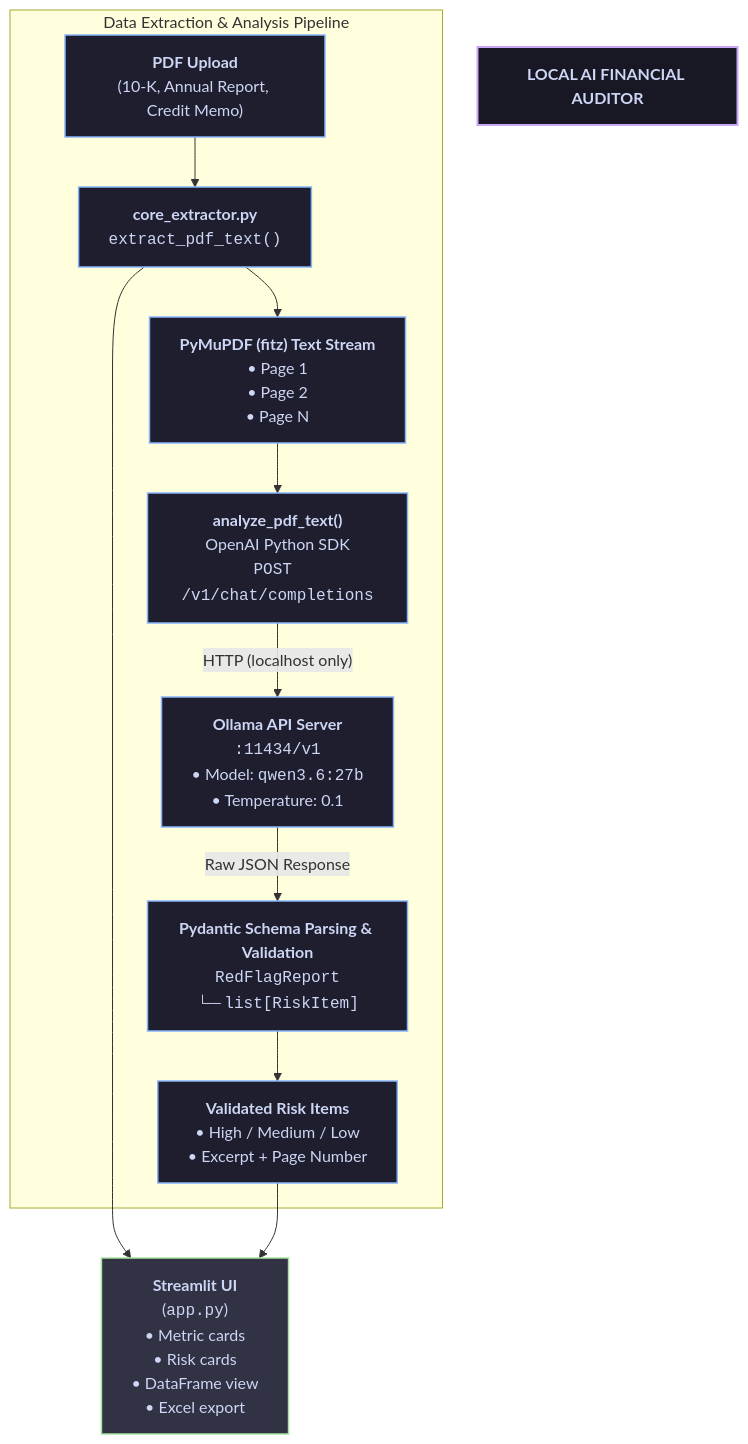
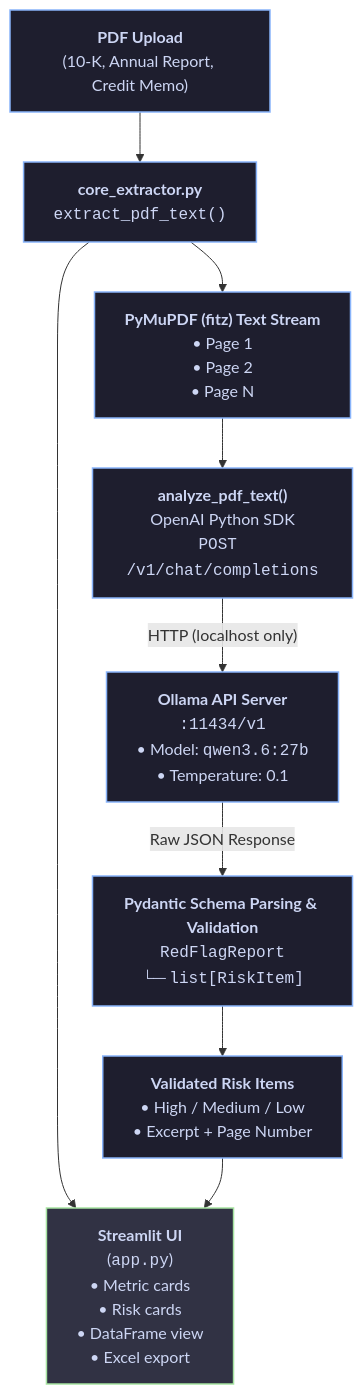
Before and after one commit to lewiscosti/financial-statement-auditor: the diagram in README.md, drawn with Mermaid.

````diff
--- a/README.md
+++ b/README.md
@@ -27,30 +27,25 @@
 ```mermaid
 flowchart TD
-    classDef title fill:#181825,stroke:#cba6f7,stroke-width:2px,color:#cdd6f4,font-weight:bold;
     classDef nodeStyle fill:#1e1e2e,stroke:#89b4fa,stroke-width:1.5px,color:#cdd6f4;
     classDef uiStyle fill:#313244,stroke:#a6e3a1,stroke-width:1.5px,color:#cdd6f4;
 
-    TITLE["LOCAL AI FINANCIAL AUDITOR"]:::title
-
-    subgraph WORKFLOW ["Data Extraction & Analysis Pipeline"]
-        PDF["<b>PDF Upload</b><br/>(10-K, Annual Report, Credit Memo)"]:::nodeStyle
-        EXT["<b>core_extractor.py</b><br/><code>extract_pdf_text()</code>"]:::nodeStyle
-        FITZ["<b>PyMuPDF (fitz) Text Stream</b><br/>• Page 1<br/>• Page 2<br/>• Page N"]:::nodeStyle
-        LLM_CALL["<b>analyze_pdf_text()</b><br/>OpenAI Python SDK<br/><code>POST /v1/chat/completions</code>"]:::nodeStyle
-        OLLAMA["<b>Ollama API Server</b><br/><code>:11434/v1</code><br/>• Model: <code>qwen3.6:27b</code><br/>• Temperature: 0.1"]:::nodeStyle
-        PYDANTIC["<b>Pydantic Schema Parsing & Validation</b><br/><code>RedFlagReport</code><br/>└─ <code>list[RiskItem]</code>"]:::nodeStyle
-        RISKS["<b>Validated Risk Items</b><br/>• High / Medium / Low<br/>• Excerpt + Page Number"]:::nodeStyle
-    end
+    PDF["<b>PDF Upload</b><br/>(10-K, Annual Report, Credit Memo)"]:::nodeStyle
+    EXT["<b>core_extractor.py</b><br/><code>extract_pdf_text()</code>"]:::nodeStyle
+    FITZ["<b>PyMuPDF (fitz) Text Stream</b><br/>• Page 1<br/>• Page 2<br/>• Page N"]:::nodeStyle
+    LLM_CALL["<b>analyze_pdf_text()</b><br/>OpenAI Python SDK<br/><code>POST /v1/chat/completions</code>"]:::nodeStyle
+    OLLAMA["<b>Ollama API Server</b><br/><code>:11434/v1</code><br/>• Model: <code>qwen3.6:27b</code><br/>• Temperature: 0.1"]:::nodeStyle
+    PYDANTIC["<b>Pydantic Schema Parsing & Validation</b><br/><code>RedFlagReport</code><br/>└─ <code>list[RiskItem]</code>"]:::nodeStyle
+    RISKS["<b>Validated Risk Items</b><br/>• High / Medium / Low<br/>• Excerpt + Page Number"]:::nodeStyle
 
     UI["<b>Streamlit UI</b><br/>(<code>app.py</code>)<br/>• Metric cards<br/>• Risk cards<br/>• DataFrame view<br/>• Excel export"]:::uiStyle
 
     PDF --> EXT
     EXT --> FITZ
     FITZ --> LLM_CALL
     LLM_CALL -->|"HTTP (localhost only)"| OLLAMA
     OLLAMA -->|"Raw JSON Response"| PYDANTIC
     PYDANTIC --> RISKS
     
     EXT --> UI
     RISKS --> UI
 ```
````
